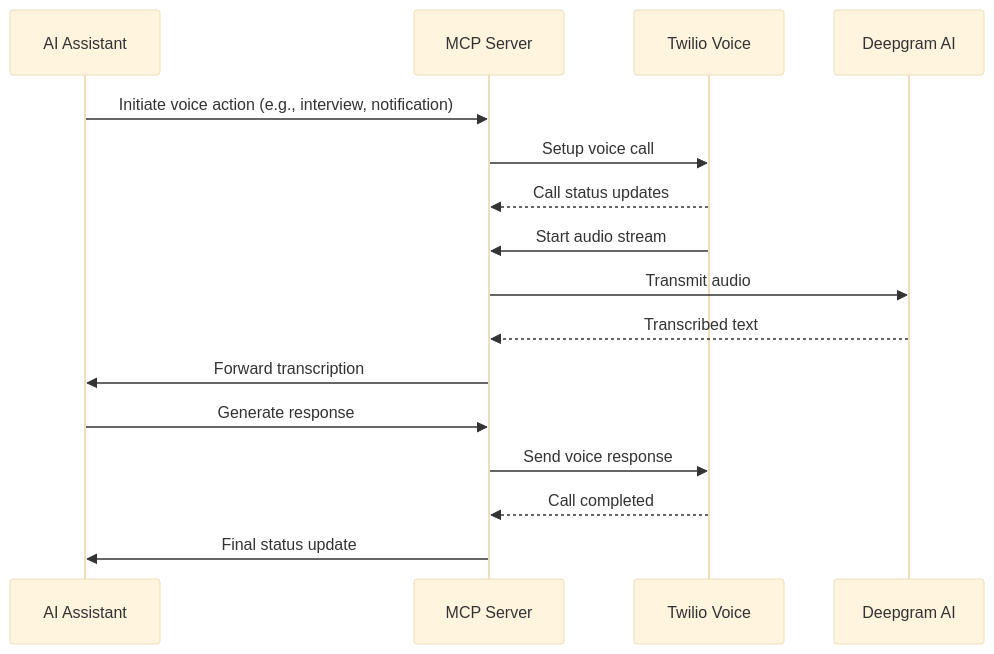
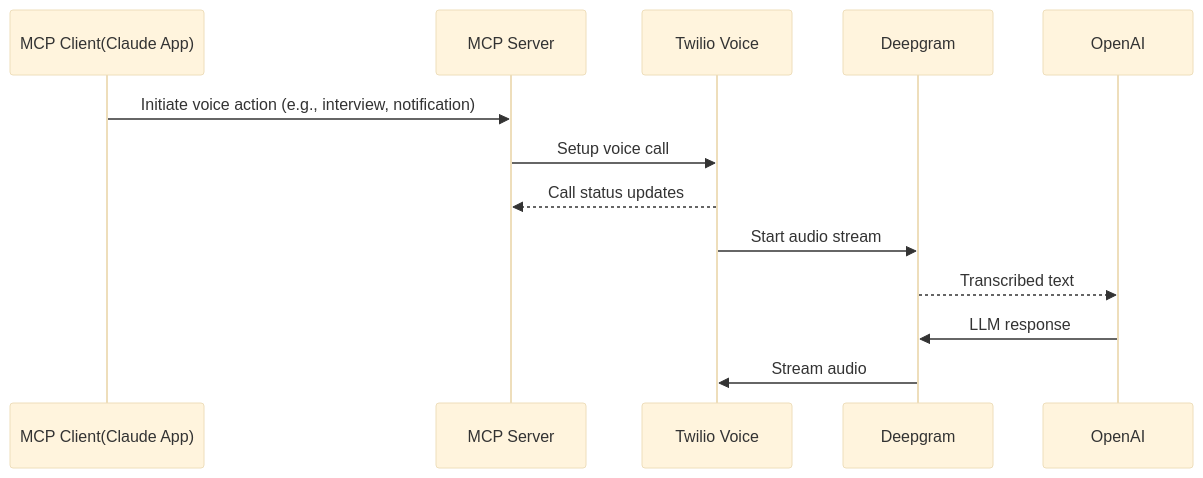
One commit to prakharbhardwaj/voice-agent-mcp-server changed the diagram in README.md. Above: the diagram before and after it, drawn with Mermaid (base theme).

Commit message:
docs[README]: Update sequence diagram for clarity
- Clarified roles in the sequence diagram by renaming participants.
- Adjusted the flow to accurately represent audio processing steps.

````diff
--- a/README.md
+++ b/README.md
@@ -25,24 +25,19 @@
 ```mermaid
 sequenceDiagram
-    participant Claude as AI Assistant
+    participant Claude as MCP Client(Claude App)
     participant MCP as MCP Server
     participant Twilio as Twilio Voice
-    participant Deepgram as Deepgram AI
+    participant Deepgram as Deepgram
+    participant AI as OpenAI
 
     %% Step 1: Initiate interaction
     Claude->>MCP: Initiate voice action (e.g., interview, notification)
     MCP->>Twilio: Setup voice call
     Twilio-->>MCP: Call status updates
 
     %% Step 2: Real-time audio processing
-    Twilio->>MCP: Start audio stream
-    MCP->>Deepgram: Transmit audio
-    Deepgram-->>MCP: Transcribed text
-    MCP->>Claude: Forward transcription
-    Claude->>MCP: Generate response
-    MCP->>Twilio: Send voice response
-
-    %% Step 3: Complete call
-    Twilio-->>MCP: Call completed
-    MCP->>Claude: Final status update
+    Twilio->>Deepgram: Start audio stream
+    Deepgram-->>AI: Transcribed text
+    AI->>Deepgram: LLM response
+    Deepgram->>Twilio: Stream audio
 ```
````
